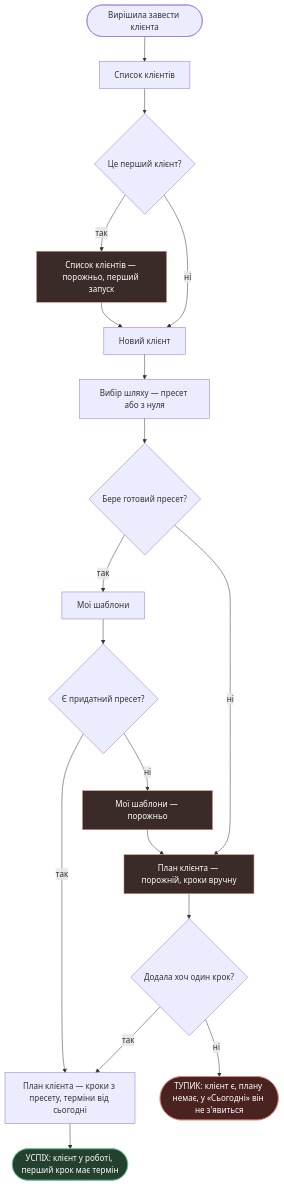
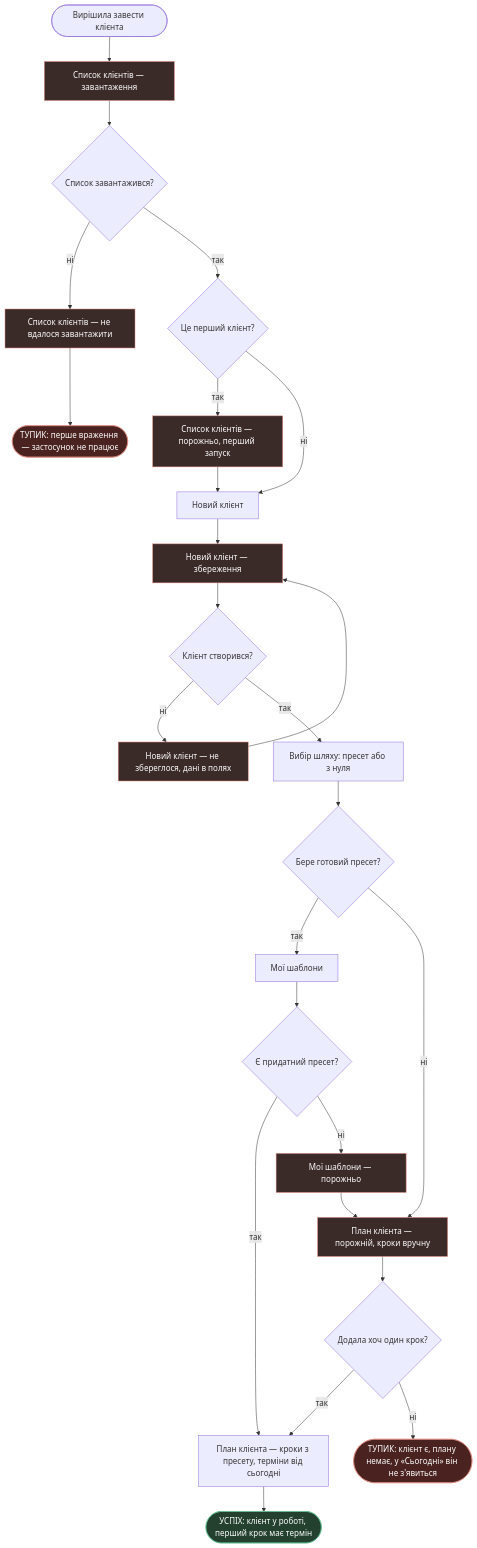
One commit to OYerokhina/AI_product changed the fourth of 4 diagrams in flows.md. Above: the diagram before and after it, drawn with Mermaid. The commit also changed other lines of this file and 7 other files, not shown here.

````diff
--- a/flows.md
+++ b/flows.md
@@ -252,27 +303,34 @@
 ```mermaid
 flowchart TD
-    GO(["Вирішила завести клієнта"]) --> LIST["Список клієнтів"]
-    LIST --> ISFIRST{"Це перший клієнт?"}
+    GO(["Вирішила завести клієнта"]) --> LLOAD["Список клієнтів — завантаження"]
+    LLOAD --> LERR{"Список завантажився?"}
+    LERR -->|ні| LFAIL["Список клієнтів — не вдалося завантажити"]
+    LFAIL --> DEAD1(["ТУПИК: перше враження — застосунок не працює"])
+    LERR -->|так| ISFIRST{"Це перший клієнт?"}
     ISFIRST -->|так| FIRSTRUN["Список клієнтів — порожньо, перший запуск"]
     ISFIRST -->|ні| NEW["Новий клієнт"]
     FIRSTRUN --> NEW
-    NEW --> PATH["Вибір шляху — пресет або з нуля"]
+    NEW --> SAVE1["Новий клієнт — збереження"]
+    SAVE1 --> SRV{"Клієнт створився?"}
+    SRV -->|ні| CERR["Новий клієнт — не збереглося, дані в полях"]
+    CERR --> SAVE1
+    SRV -->|так| PATH["Вибір шляху: пресет або з нуля"]
     PATH --> CHOICE{"Бере готовий пресет?"}
     CHOICE -->|так| TPL["Мої шаблони"]
     CHOICE -->|ні| SCRATCH["План клієнта — порожній, кроки вручну"]
     TPL --> ANY{"Є придатний пресет?"}
     ANY -->|так| APPLIED["План клієнта — кроки з пресету, терміни від сьогодні"]
     ANY -->|ні| NOTPL["Мої шаблони — порожньо"]
     NOTPL --> SCRATCH
     SCRATCH --> ADDED{"Додала хоч один крок?"}
     ADDED -->|так| APPLIED
-    ADDED -->|ні| DEAD1(["ТУПИК: клієнт є, плану немає, у «Сьогодні» він не з'явиться"])
+    ADDED -->|ні| DEAD2(["ТУПИК: клієнт є, плану немає, у «Сьогодні» він не з'явиться"])
     APPLIED --> OK(["УСПІХ: клієнт у роботі, перший крок має термін"])
 
     classDef state fill:#3a2a28,stroke:#E08A80,color:#ffffff
     classDef dead fill:#4a2320,stroke:#E08A80,color:#ffffff
     classDef ok fill:#24402f,stroke:#5FBF92,color:#ffffff
-    class FIRSTRUN,SCRATCH,NOTPL state
-    class DEAD1 dead
+    class LLOAD,LFAIL,FIRSTRUN,SAVE1,CERR,SCRATCH,NOTPL state
+    class DEAD1,DEAD2 dead
     class OK ok
 ```
````
